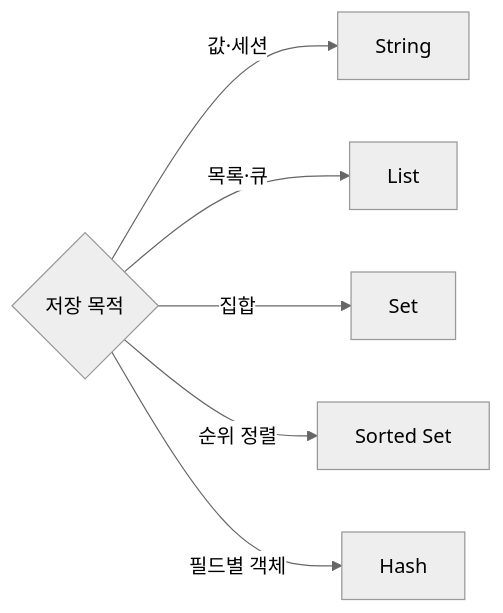
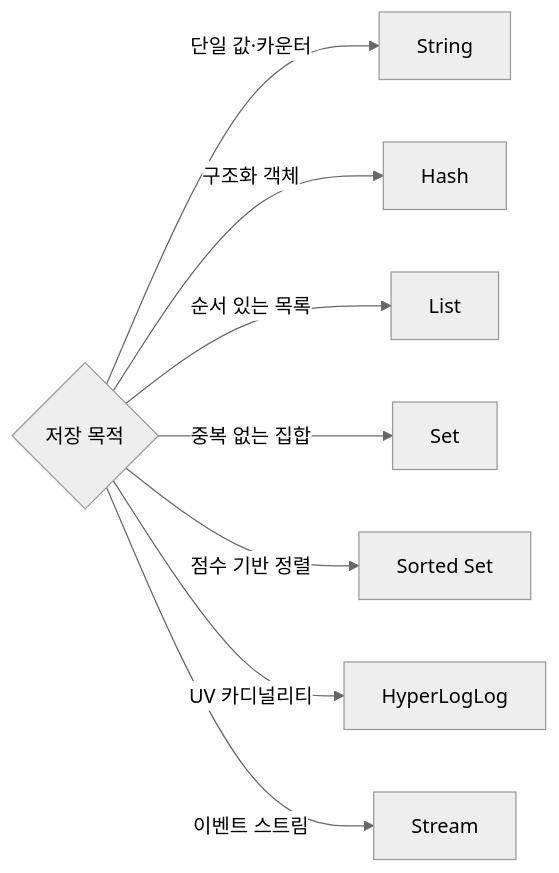
Before and after one commit to yjkim2015/yjkim2015.github.io: the third of 3 diagrams in _posts/redis/2026-05-01-redis-data-structures.md, drawn with Mermaid (neutral theme). The commit also changed other lines of this file and 5 other files, not shown here.

````diff
--- a/_posts/redis/2026-05-01-redis-data-structures.md
+++ b/_posts/redis/2026-05-01-redis-data-structures.md
@@ -448,8 +988,10 @@
 ```mermaid
 graph LR
-    Q1{"저장 목적"} -->|값·세션| STRING["String"]
-    Q1 -->|목록·큐| LIST["List"]
-    Q1 -->|집합| SET["Set"]
-    Q1 -->|순위 정렬| ZSET["Sorted Set"]
-    Q1 -->|필드별 객체| HASH["Hash"]
+    Q1{"저장 목적"} -->|단일 값·카운터| S["String"]
+    Q1 -->|구조화 객체| H["Hash"]
+    Q1 -->|순서 있는 목록| L["List"]
+    Q1 -->|중복 없는 집합| SE["Set"]
+    Q1 -->|점수 기반 정렬| Z["Sorted Set"]
+    Q1 -->|UV 카디널리티| HLL["HyperLogLog"]
+    Q1 -->|이벤트 스트림| ST["Stream"]
 ```
````
